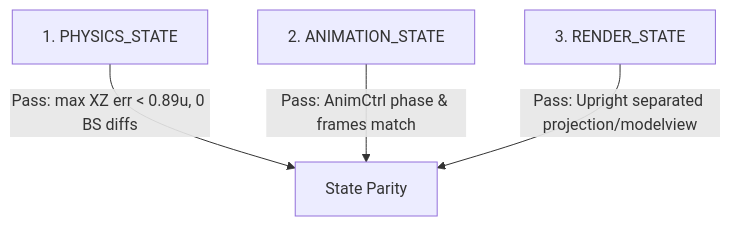
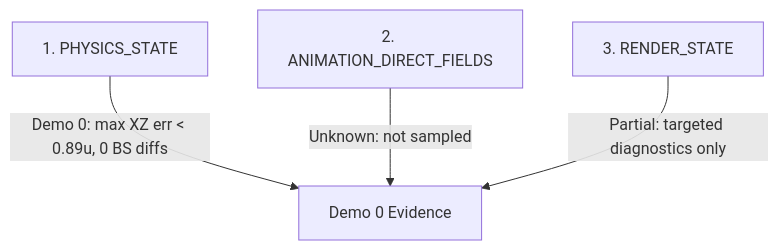
Before and after one commit to wesleytakatsu/TooieRecomp: the diagram in docs/plan/evidence/p09-user-observed-parity-residuals.md, drawn with Mermaid. The commit also changed other lines of this file and 8 other files, not shown here.

Commit message:
docs: correct p08 signoff and demo0 parity scope

````diff
--- a/docs/plan/evidence/p09-user-observed-parity-residuals.md
+++ b/docs/plan/evidence/p09-user-observed-parity-residuals.md
@@ -84,6 +100,6 @@
 ```mermaid
 graph TD
-    P[1. PHYSICS_STATE] -->|Pass: max XZ err < 0.89u, 0 BS diffs| M[State Parity]
-    A[2. ANIMATION_STATE] -->|Pass: AnimCtrl phase & frames match| M
-    R[3. RENDER_STATE] -->|Pass: Upright separated projection/modelview| M
+    P[1. PHYSICS_STATE] -->|Demo 0: max XZ err < 0.89u, 0 BS diffs| M[Demo 0 Evidence]
+    A[2. ANIMATION_DIRECT_FIELDS] -->|Unknown: not sampled| M
+    R[3. RENDER_STATE] -->|Partial: targeted diagnostics only| M
 ```
````
